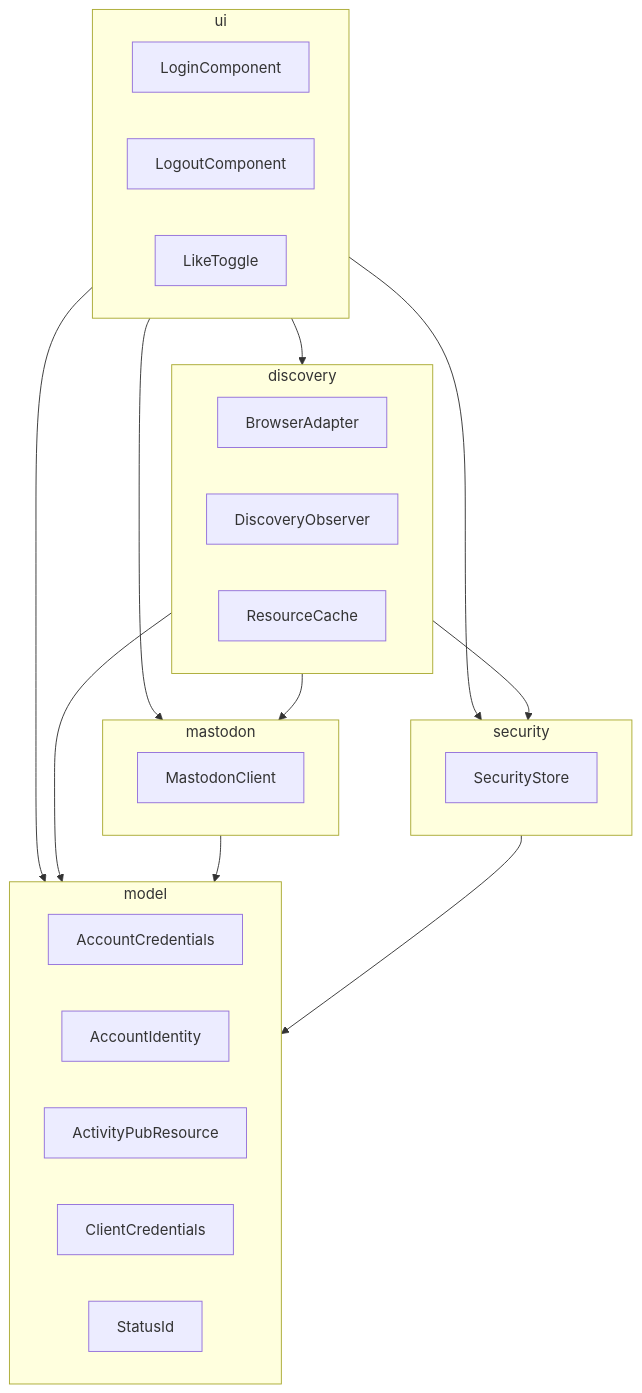
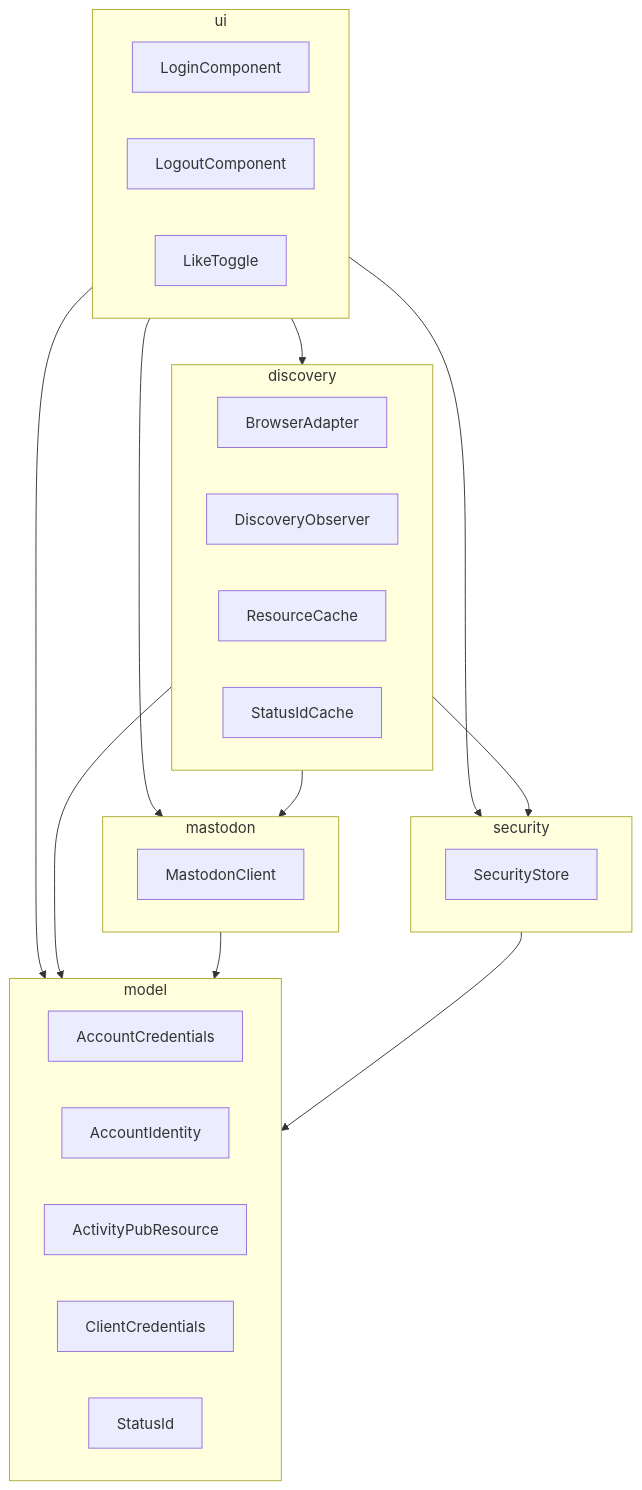
The diagram in docs/architecture/development.md (social-web-foundation/activitypub-browser-extension), drawn with Mermaid before and after one commit. The commit also changed 3 other files, not shown here.

Commit message:
doc: StatusIdCache class

````diff
--- a/docs/architecture/development.md
+++ b/docs/architecture/development.md
@@ -3,40 +3,41 @@
 ```mermaid
 flowchart TB
     subgraph ui[ui]
         LoginComponent[LoginComponent]
         LogoutComponent[LogoutComponent]
         LikeToggle[LikeToggle]
     end
 
     subgraph discovery[discovery]
         BrowserAdapter[BrowserAdapter]
         DiscoveryObserver[DiscoveryObserver]
         ResourceCache[ResourceCache]
+        StatusIdCache[StatusIdCache]
     end
 
     subgraph mastodon[mastodon]
         MastodonClient[MastodonClient]
     end
 
     subgraph security[security]
         SecurityStore[SecurityStore]
     end
 
     subgraph model[model]
         AccountCredentials[AccountCredentials]
         AccountIdentity[AccountIdentity]
         ActivityPubResource[ActivityPubResource]
         ClientCredentials[ClientCredentials]
         StatusId[StatusId]
     end
 
     ui --> discovery
     ui --> security
     ui --> mastodon
     ui --> model
     discovery --> security
     discovery --> mastodon
     discovery --> model
     mastodon --> model
     security --> model
 ```
````
